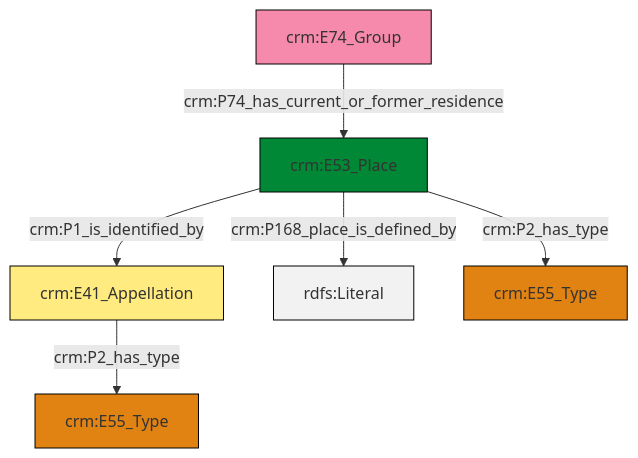
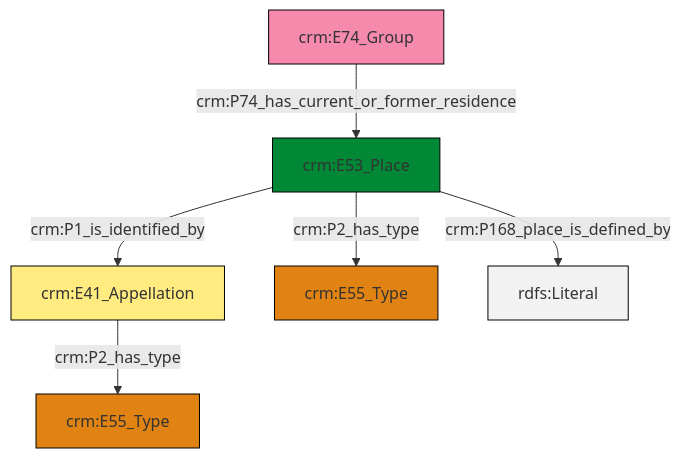
One commit to swiss-art-research-net/docs.swissartresearch changed the diagram in et/groupCSV/ttl/mmd/group_location.ttl.mmd. Above: the diagram before and after it, drawn with Mermaid. The commit also changed 174 other files, not shown here.

```diff
--- a/et/groupCSV/ttl/mmd/group_location.ttl.mmd
+++ b/et/groupCSV/ttl/mmd/group_location.ttl.mmd
@@ -1,20 +1,20 @@
 graph TD
 classDef Literal fill:#f2f2f2,stroke:#000000;
 classDef CRM_Entity fill:#FFFFFF,stroke:#000000;
 classDef Temporal_Entity fill:#00C9E6, stroke:#000000;
 classDef Type fill:#E18312, stroke:#000000;
 classDef Time-Span fill:#2C9C91, stroke:#000000;
 classDef Appellation fill:#FFEB7F, stroke:#000000;
 classDef Place fill:#008836, stroke:#000000;
 classDef Persistent_Item fill:#B266B2, stroke:#000000;
 classDef Conceptual_Object fill:#FFD700, stroke:#000000;
 classDef Physical_Thing fill:#D2B48C, stroke:#000000;
 classDef Actor fill:#f58aad, stroke:#000000;
 classDef PC_Classes fill:#4ce600, stroke:#000000;
 classDef Multi fill:#cccccc,stroke:#000000;
 
-4["crm:E53_Place"]:::Place -->|crm:P168_place_is_defined_by| 5[rdfs:Literal]:::Literal
-4["crm:E53_Place"]:::Place -->|crm:P1_is_identified_by| 2["crm:E41_Appellation"]:::Appellation
-0["crm:E74_Group"]:::Actor -->|crm:P74_has_current_or_former_residence| 4["crm:E53_Place"]:::Place
-4["crm:E53_Place"]:::Place -->|crm:P2_has_type| 6["crm:E55_Type"]:::Type
-2["crm:E41_Appellation"]:::Appellation -->|crm:P2_has_type| 10["crm:E55_Type"]:::Type
+0["crm:E41_Appellation"]:::Appellation -->|crm:P2_has_type| 2["crm:E55_Type"]:::Type
+3["crm:E74_Group"]:::Actor -->|crm:P74_has_current_or_former_residence| 5["crm:E53_Place"]:::Place
+5["crm:E53_Place"]:::Place -->|crm:P1_is_identified_by| 0["crm:E41_Appellation"]:::Appellation
+5["crm:E53_Place"]:::Place -->|crm:P168_place_is_defined_by| 9[rdfs:Literal]:::Literal
+5["crm:E53_Place"]:::Place -->|crm:P2_has_type| 7["crm:E55_Type"]:::Type
```
